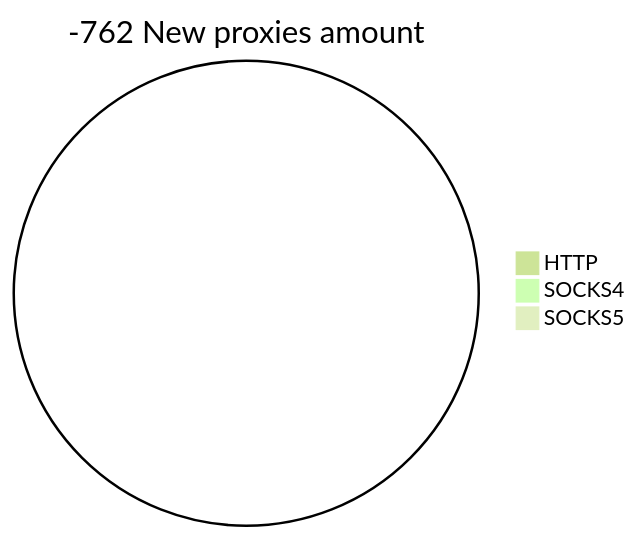
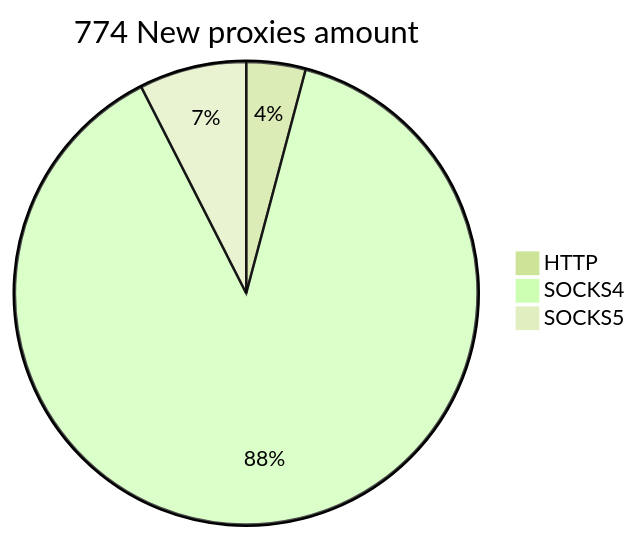
One commit to cutipu/proxylist changed the second of 2 diagrams in README.md. Above: the diagram before and after it, drawn with Mermaid (forest theme). The commit also changed other lines of this file, not shown here.

````diff
--- a/README.md
+++ b/README.md
@@ -10,6 +10,6 @@
 ```mermaid
-pie title -762 New proxies amount
-    "HTTP" : 0
-    "SOCKS4" : 0
-    "SOCKS5" : 0
+pie title 774 New proxies amount
+    "HTTP" : 32
+    "SOCKS4" : 684
+    "SOCKS5" : 58
 ```
````
